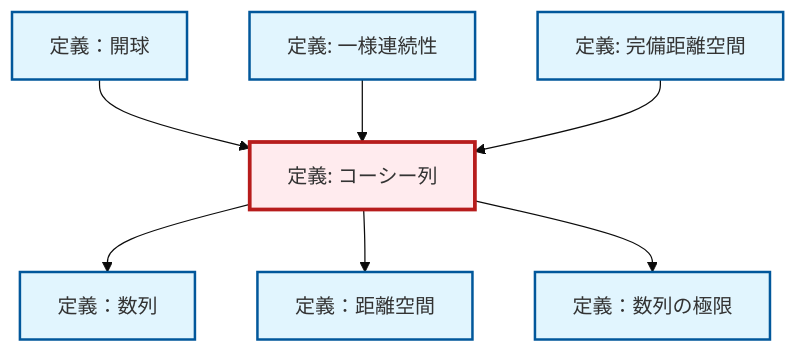
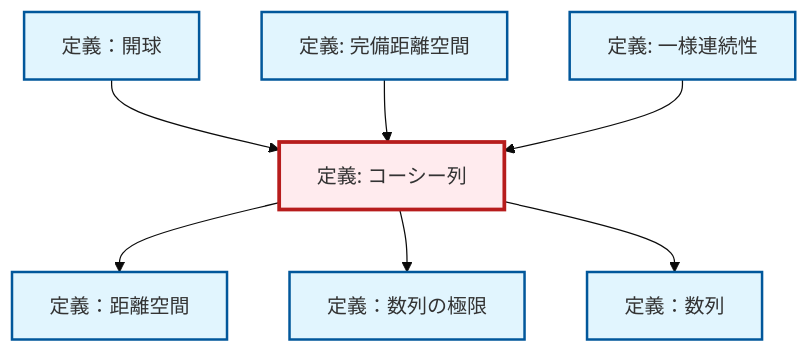
One commit to RK0429/ModernMath changed the diagram in content/ja/analysis/def-cauchy-sequence.qmd. Above: the diagram before and after it, drawn with Mermaid (base theme). The commit also changed 672 other files, not shown here.

````diff
--- a/content/ja/analysis/def-cauchy-sequence.qmd
+++ b/content/ja/analysis/def-cauchy-sequence.qmd
@@ -89,29 +89,29 @@
 ```{mermaid}
-%%| fig-cap: "Local dependency graph"
+%%| fig-cap: "ローカル依存関係グラフ"
 graph TD
     classDef definition fill:#e1f5fe,stroke:#01579b,stroke-width:2px
     classDef theorem fill:#f3e5f5,stroke:#4a148c,stroke-width:2px
     classDef axiom fill:#fff3e0,stroke:#e65100,stroke-width:2px
     classDef example fill:#e8f5e9,stroke:#1b5e20,stroke-width:2px
     classDef current fill:#ffebee,stroke:#b71c1c,stroke-width:3px
+    def-cauchy-sequence["定義: コーシー列"]:::definition
+    def-uniform-continuity["定義: 一様連続性"]:::definition
     def-limit["定義：数列の極限"]:::definition
+    def-metric-space["定義：距離空間"]:::definition
     def-open-ball["定義：開球"]:::definition
-    def-metric-space["定義：距離空間"]:::definition
     def-complete-metric-space["定義: 完備距離空間"]:::definition
-    def-uniform-continuity["定義: 一様連続性"]:::definition
     def-sequence["定義：数列"]:::definition
-    def-cauchy-sequence["定義: コーシー列"]:::definition
+    def-cauchy-sequence --> def-metric-space
     def-open-ball --> def-cauchy-sequence
+    def-cauchy-sequence --> def-limit
+    def-cauchy-sequence --> def-sequence
+    def-complete-metric-space --> def-cauchy-sequence
     def-uniform-continuity --> def-cauchy-sequence
-    def-cauchy-sequence --> def-sequence
-    def-cauchy-sequence --> def-metric-space
-    def-complete-metric-space --> def-cauchy-sequence
-    def-cauchy-sequence --> def-limit
     class def-cauchy-sequence current
+    click def-uniform-continuity "def-uniform-continuity.html" "一様連続性の定義へ"
     click def-limit "def-limit.html" "定義：数列の極限へ"
+    click def-metric-space "def-metric-space.html" "定義：距離空間へ"
     click def-open-ball "def-open-ball.html" "定義：開球へ"
-    click def-metric-space "def-metric-space.html" "定義：距離空間へ"
     click def-complete-metric-space "def-complete-metric-space.html" "完備距離空間の定義へ"
-    click def-uniform-continuity "def-uniform-continuity.html" "一様連続性の定義へ"
     click def-sequence "def-sequence.html" "定義：数列へ"
 ```
````
